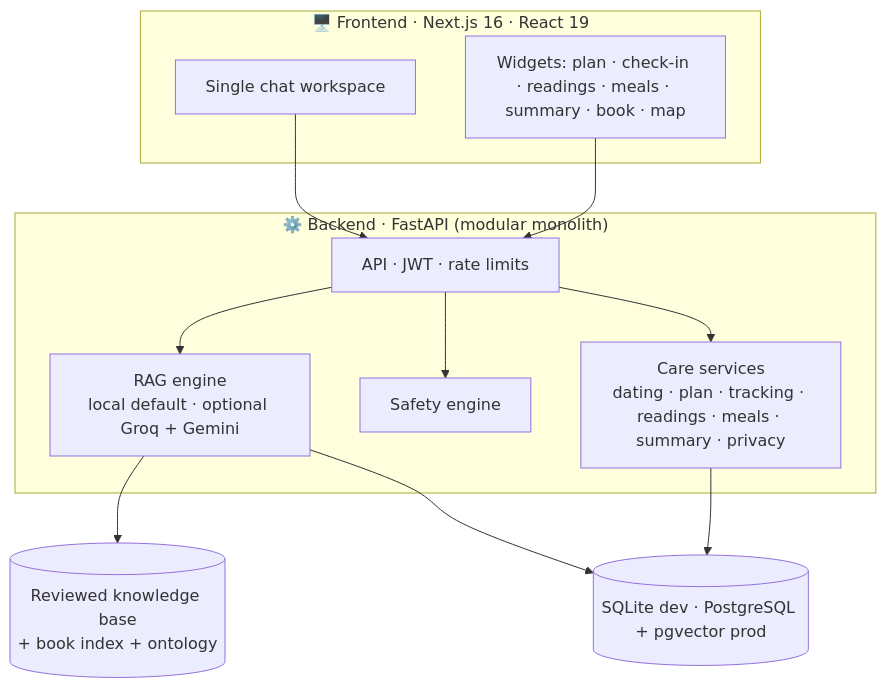
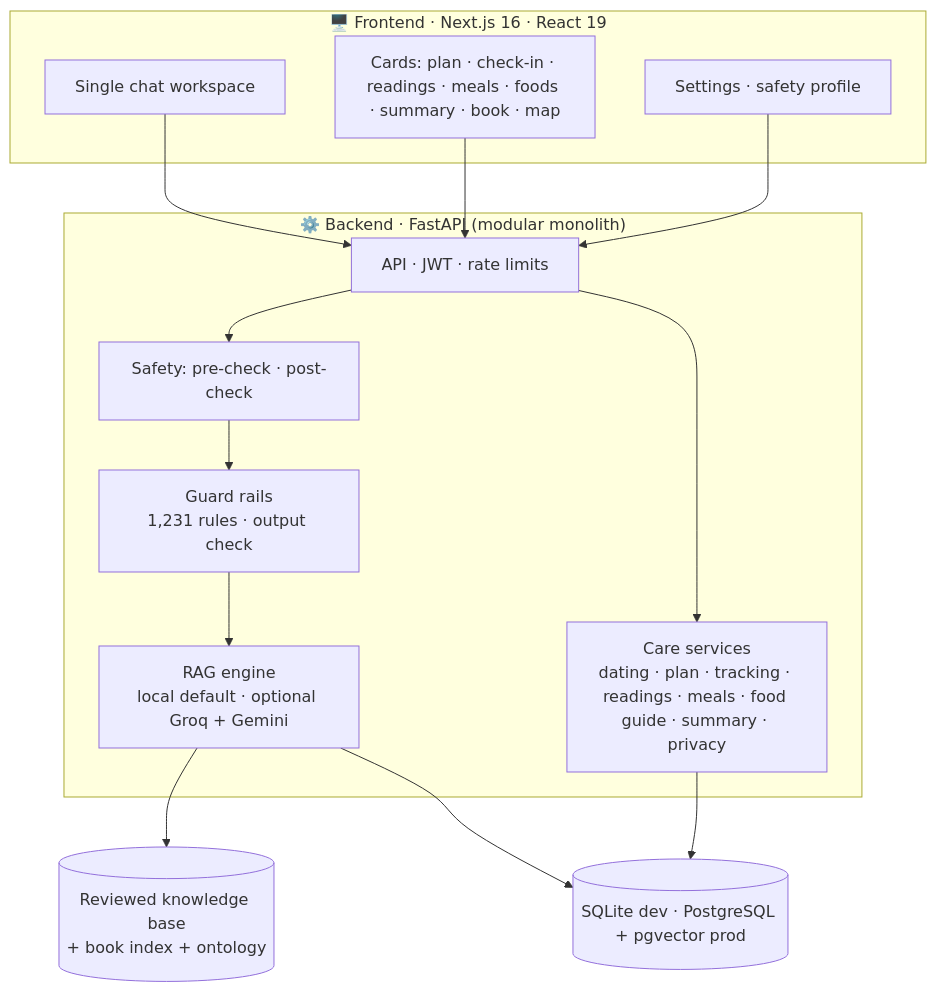
Before and after one commit to BhavyaSoneji/MATRIVA: the fourth of 4 diagrams in README.md, drawn with Mermaid.

Commit message:
README: add guard rails, the food guide and Settings to the architecture diagram

````diff
--- a/README.md
+++ b/README.md
@@ -280,21 +280,24 @@
 ```mermaid
 flowchart TB
     subgraph FE["🖥️ Frontend · Next.js 16 · React 19"]
       CH[Single chat workspace]
-      W[Widgets: plan · check-in · readings · meals · summary · book · map]
+      W[Cards: plan · check-in · readings · meals · foods · summary · book · map]
+      ST[Settings · safety profile]
     end
     subgraph BE["⚙️ Backend · FastAPI (modular monolith)"]
       API[API · JWT · rate limits]
       RAG[RAG engine<br/>local default · optional Groq + Gemini]
-      SAF[Safety engine]
-      CARE[Care services<br/>dating · plan · tracking · readings · meals · summary · privacy]
+      SAF[Safety: pre-check · post-check]
+      GR[Guard rails<br/>1,231 rules · output check]
+      CARE[Care services<br/>dating · plan · tracking · readings · meals · food guide · summary · privacy]
     end
     DB[(SQLite dev · PostgreSQL + pgvector prod)]
     KB[(Reviewed knowledge base<br/>+ book index + ontology)]
     CH --> API
     W --> API
-    API --> RAG --> KB
-    API --> SAF
+    ST --> API
+    API --> SAF --> GR
+    GR --> RAG --> KB
     API --> CARE --> DB
     RAG --> DB
 ```
````
